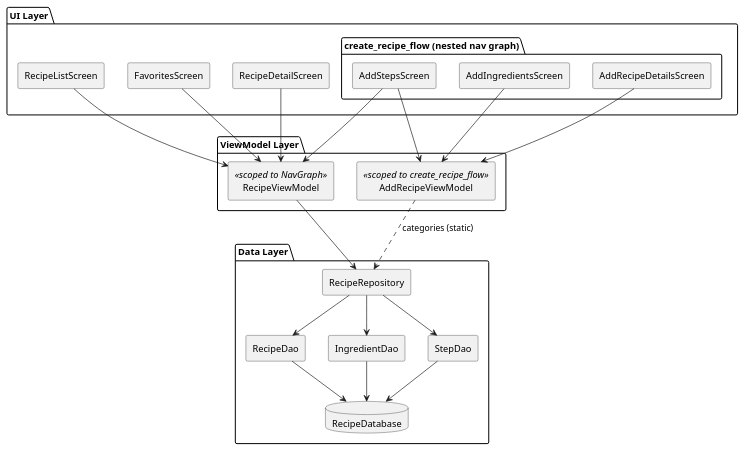
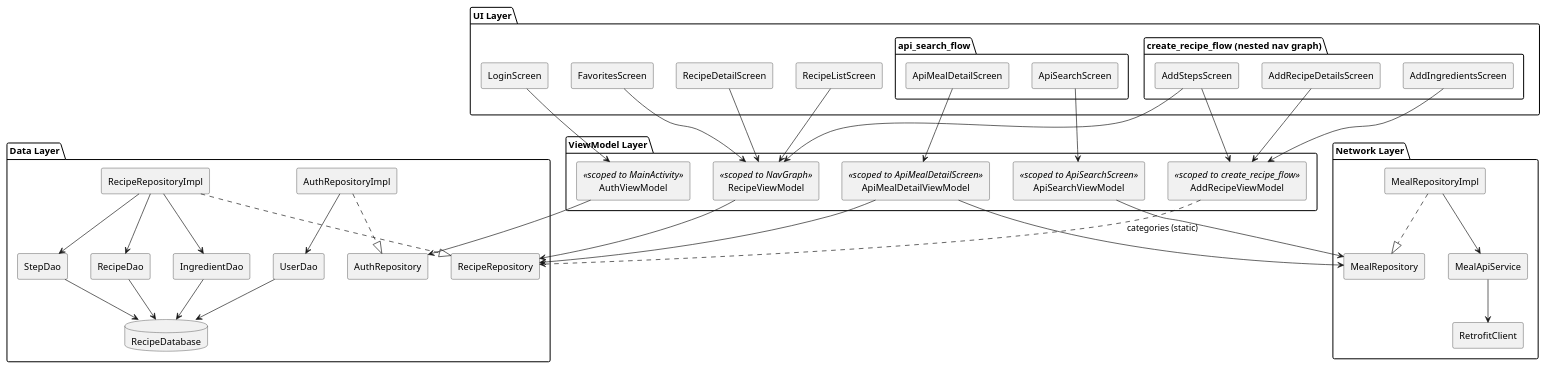
The second of 2 diagrams in README.md (OmiShrestha/w-cooking-recipe), drawn with PlantUML before and after one commit. The commit also changed other lines of this file, not shown here.

```diff
--- a/README.md
+++ b/README.md
@@ -103,9 +110,15 @@
 skinparam componentStyle rectangle
 
 package "UI Layer" {
+    package "api_search_flow" {
+        [ApiSearchScreen]
+        [ApiMealDetailScreen]
+    }
+
     [RecipeListScreen]
     [FavoritesScreen]
     [RecipeDetailScreen]
+    [LoginScreen]
     package "create_recipe_flow (nested nav graph)" {
         [AddRecipeDetailsScreen]
         [AddIngredientsScreen]
@@ -116,31 +129,63 @@
 package "ViewModel Layer" {
     [RecipeViewModel] <<scoped to NavGraph>>
     [AddRecipeViewModel] <<scoped to create_recipe_flow>>
+    [ApiSearchViewModel] <<scoped to ApiSearchScreen>>
+    [ApiMealDetailViewModel] <<scoped to ApiMealDetailScreen>>
+    [AuthViewModel] <<scoped to MainActivity>>
 }
 
 package "Data Layer" {
     [RecipeRepository]
+    [RecipeRepositoryImpl]
+    [AuthRepository]
+    [AuthRepositoryImpl]
     [RecipeDao]
     [IngredientDao]
     [StepDao]
+    [UserDao]
     database "RecipeDatabase" {
     }
 }
 
+package "Network Layer" {
+    [MealRepository]
+    [MealRepositoryImpl]
+    [MealApiService]
+    [RetrofitClient]
+}
+
+ApiSearchViewModel --> MealRepository
+ApiMealDetailViewModel --> MealRepository
+ApiMealDetailViewModel --> RecipeRepository
+MealRepositoryImpl ..|> MealRepository
+MealRepositoryImpl --> MealApiService
+MealApiService --> RetrofitClient
+
+
+
+AuthRepositoryImpl ..|> AuthRepository
+AuthRepositoryImpl --> UserDao
+
 RecipeListScreen --> RecipeViewModel
 FavoritesScreen --> RecipeViewModel
 RecipeDetailScreen --> RecipeViewModel
+ApiSearchScreen --> ApiSearchViewModel
+ApiMealDetailScreen --> ApiMealDetailViewModel
 AddStepsScreen --> RecipeViewModel
-AddStepsScreen --> AddRecipeViewModel
 AddRecipeDetailsScreen --> AddRecipeViewModel
 AddIngredientsScreen --> AddRecipeViewModel
+LoginScreen --> AuthViewModel
+AddStepsScreen --> AddRecipeViewModel
 
 RecipeViewModel --> RecipeRepository
 AddRecipeViewModel ..> RecipeRepository : categories (static)
 
-RecipeRepository --> RecipeDao
-RecipeRepository --> IngredientDao
-RecipeRepository --> StepDao
+RecipeRepositoryImpl ..|> RecipeRepository
+RecipeRepositoryImpl --> RecipeDao
+RecipeRepositoryImpl --> IngredientDao
+RecipeRepositoryImpl --> StepDao
+AuthViewModel --> AuthRepository
+UserDao --> RecipeDatabase
 
 RecipeDao --> RecipeDatabase
 IngredientDao --> RecipeDatabase
```
